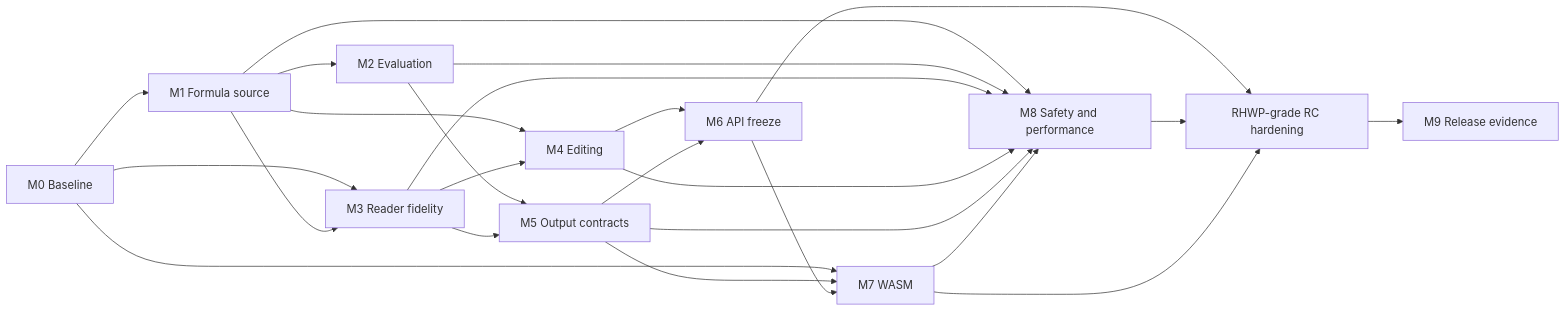
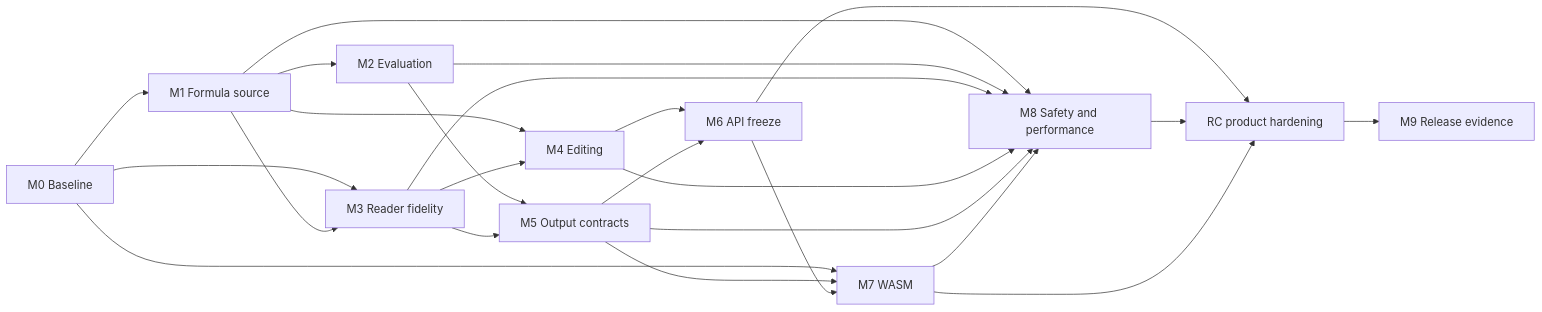
One commit to HyunjoJung/rxls changed the diagram in ROADMAP-0.1.2.md. Above: the diagram before and after it, drawn with Mermaid. The commit also changed other lines of this file and 6 other files, not shown here.

````diff
--- a/ROADMAP-0.1.2.md
+++ b/ROADMAP-0.1.2.md
@@ -410,26 +407,26 @@
 ```mermaid
 flowchart LR
     M0["M0 Baseline"] --> M1["M1 Formula source"]
     M0 --> M3["M3 Reader fidelity"]
     M0 --> M7["M7 WASM"]
     M1 --> M2["M2 Evaluation"]
     M1 --> M3
     M1 --> M4["M4 Editing"]
     M3 --> M4
     M2 --> M5["M5 Output contracts"]
     M3 --> M5
     M4 --> M6["M6 API freeze"]
     M5 --> M6
     M5 --> M7
     M6 --> M7
     M1 --> M8["M8 Safety and performance"]
     M2 --> M8
     M3 --> M8
     M4 --> M8
     M5 --> M8
     M7 --> M8
-    M6 --> RC["RHWP-grade RC hardening"]
-    M8 --> RC["RHWP-grade RC hardening"]
+    M6 --> RC["RC product hardening"]
+    M8 --> RC["RC product hardening"]
     M7 --> RC
     RC --> M9["M9 Release evidence"]
 ```
````
